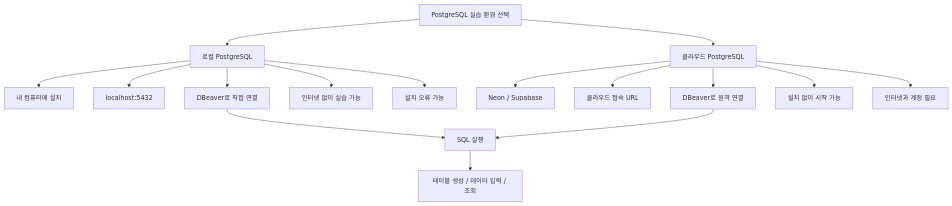
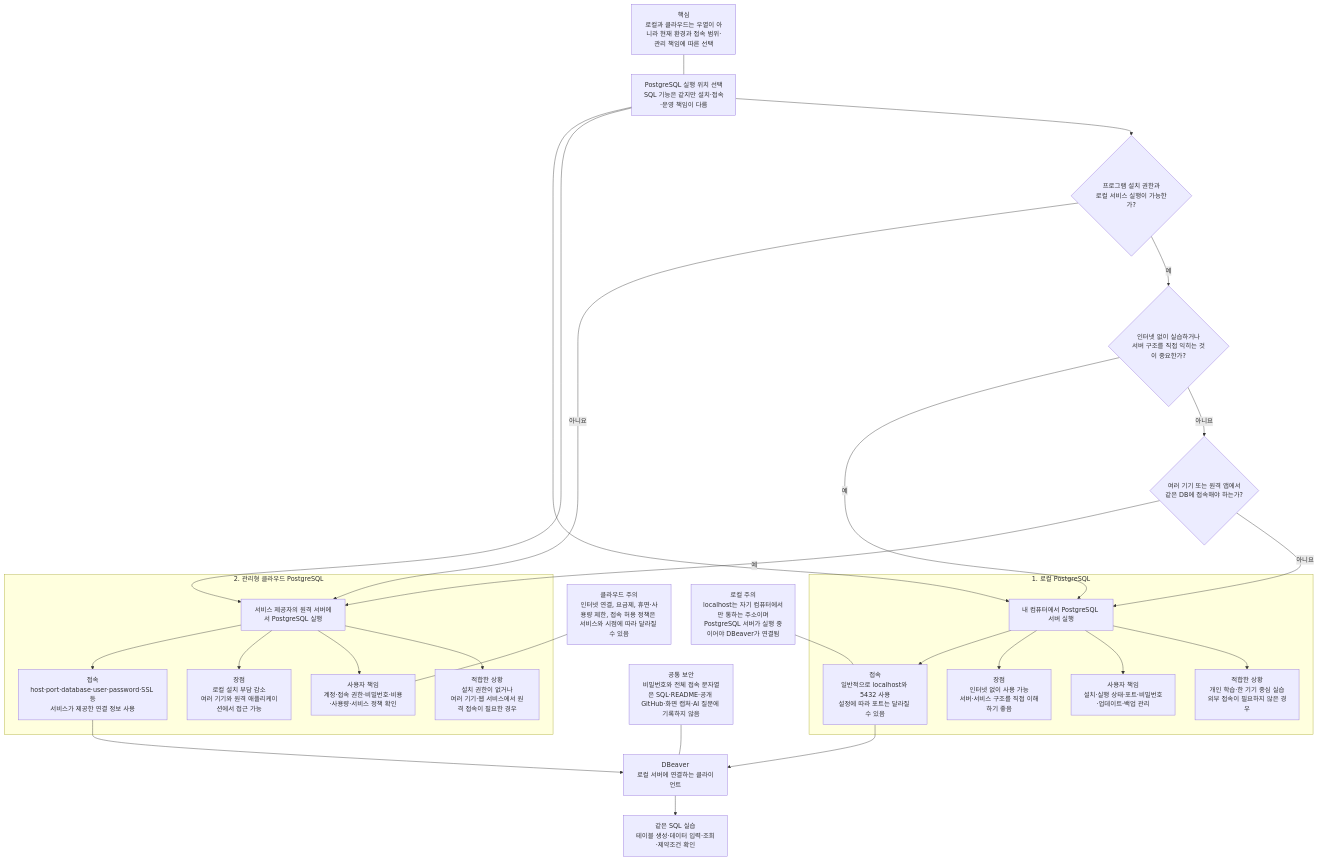
The diagram in images/chapter03/ch03_02_local_vs_cloud_db.mmd (GilbertMoon/ai-database-book), drawn with Mermaid before and after one commit.

Commit message:
Refine chapter 3 local and cloud PostgreSQL comparison source

```diff
--- a/images/chapter03/ch03_02_local_vs_cloud_db.mmd
+++ b/images/chapter03/ch03_02_local_vs_cloud_db.mmd
@@ -1,21 +1,46 @@
 flowchart TB
-    A[PostgreSQL 실습 환경 선택]
+    A[PostgreSQL 실행 위치 선택<br/>SQL 기능은 같지만 설치·접속·운영 책임이 다름]
 
-    A --> L[로컬 PostgreSQL]
-    A --> C[클라우드 PostgreSQL]
+    subgraph LOCAL[1. 로컬 PostgreSQL]
+        L[내 컴퓨터에서 PostgreSQL 서버 실행]
+        L1[접속<br/>일반적으로 localhost와 5432 사용<br/>설정에 따라 포트는 달라질 수 있음]
+        L2[장점<br/>인터넷 없이 사용 가능<br/>서버·서비스 구조를 직접 이해하기 좋음]
+        L3[사용자 책임<br/>설치·실행 상태·포트·비밀번호·업데이트·백업 관리]
+        L4[적합한 상황<br/>개인 학습·한 기기 중심 실습<br/>외부 접속이 필요하지 않은 경우]
+        L --> L1
+        L --> L2
+        L --> L3
+        L --> L4
+    end
 
-    L --> L1[내 컴퓨터에 설치]
-    L --> L2[localhost:5432]
-    L --> L3[DBeaver로 직접 연결]
-    L --> L4[인터넷 없이 실습 가능]
-    L --> L5[설치 오류 가능]
+    subgraph CLOUD[2. 관리형 클라우드 PostgreSQL]
+        C[서비스 제공자의 원격 서버에서 PostgreSQL 실행]
+        C1[접속<br/>host·port·database·user·password·SSL 등<br/>서비스가 제공한 연결 정보 사용]
+        C2[장점<br/>로컬 설치 부담 감소<br/>여러 기기와 원격 애플리케이션에서 접근 가능]
+        C3[사용자 책임<br/>계정·접속 권한·비밀번호·비용·사용량·서비스 정책 확인]
+        C4[적합한 상황<br/>설치 권한이 없거나<br/>여러 기기·웹 서비스에서 원격 접속이 필요한 경우]
+        C --> C1
+        C --> C2
+        C --> C3
+        C --> C4
+    end
 
-    C --> C1[Neon / Supabase]
-    C --> C2[클라우드 접속 URL]
-    C --> C3[DBeaver로 원격 연결]
-    C --> C4[설치 없이 시작 가능]
-    C --> C5[인터넷과 계정 필요]
+    A --> L
+    A --> C
 
-    L3 --> R[SQL 실행]
-    C3 --> R
-    R --> D[테이블 생성 / 데이터 입력 / 조회]
+    L1 --> D[DBeaver<br/>로컬 서버에 연결하는 클라이언트]
+    C1 --> D
+    D --> S[같은 SQL 실습<br/>테이블 생성·데이터 입력·조회·제약조건 확인]
+
+    A --> Q1{프로그램 설치 권한과<br/>로컬 서비스 실행이 가능한가?}
+    Q1 -- 아니요 --> C
+    Q1 -- 예 --> Q2{인터넷 없이 실습하거나<br/>서버 구조를 직접 익히는 것이 중요한가?}
+    Q2 -- 예 --> L
+    Q2 -- 아니요 --> Q3{여러 기기 또는 원격 앱에서<br/>같은 DB에 접속해야 하는가?}
+    Q3 -- 예 --> C
+    Q3 -- 아니요 --> L
+
+    N1[공통 보안<br/>비밀번호와 전체 접속 문자열은 SQL·README·공개 GitHub·화면 캡처·AI 질문에 기록하지 않음] --- D
+    N2[클라우드 주의<br/>인터넷 연결, 요금제, 휴면·사용량 제한, 접속 허용 정책은 서비스와 시점에 따라 달라질 수 있음] --- C3
+    N3[로컬 주의<br/>localhost는 자기 컴퓨터에서만 통하는 주소이며<br/>PostgreSQL 서버가 실행 중이어야 DBeaver가 연결됨] --- L1
+    N4[핵심<br/>로컬과 클라우드는 우열이 아니라 현재 환경과 접속 범위·관리 책임에 따른 선택] --- A
```
